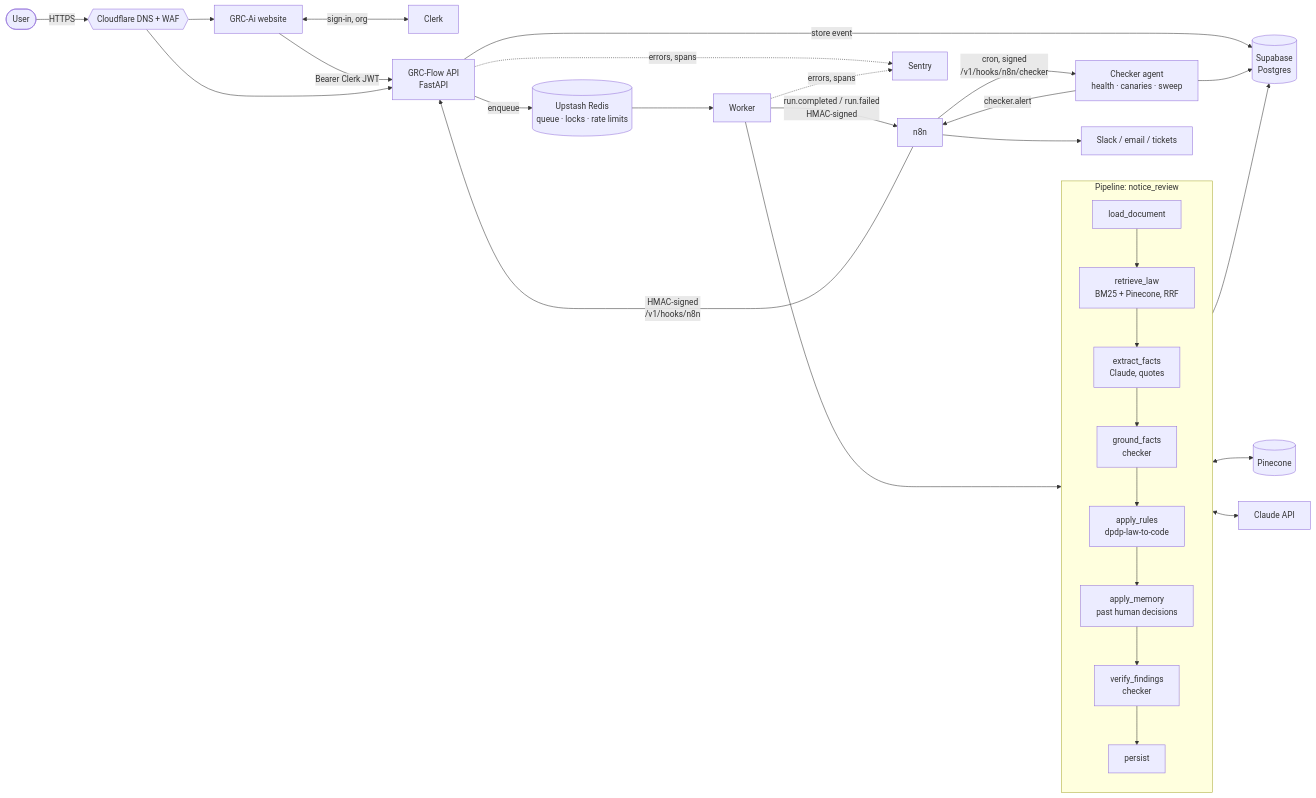
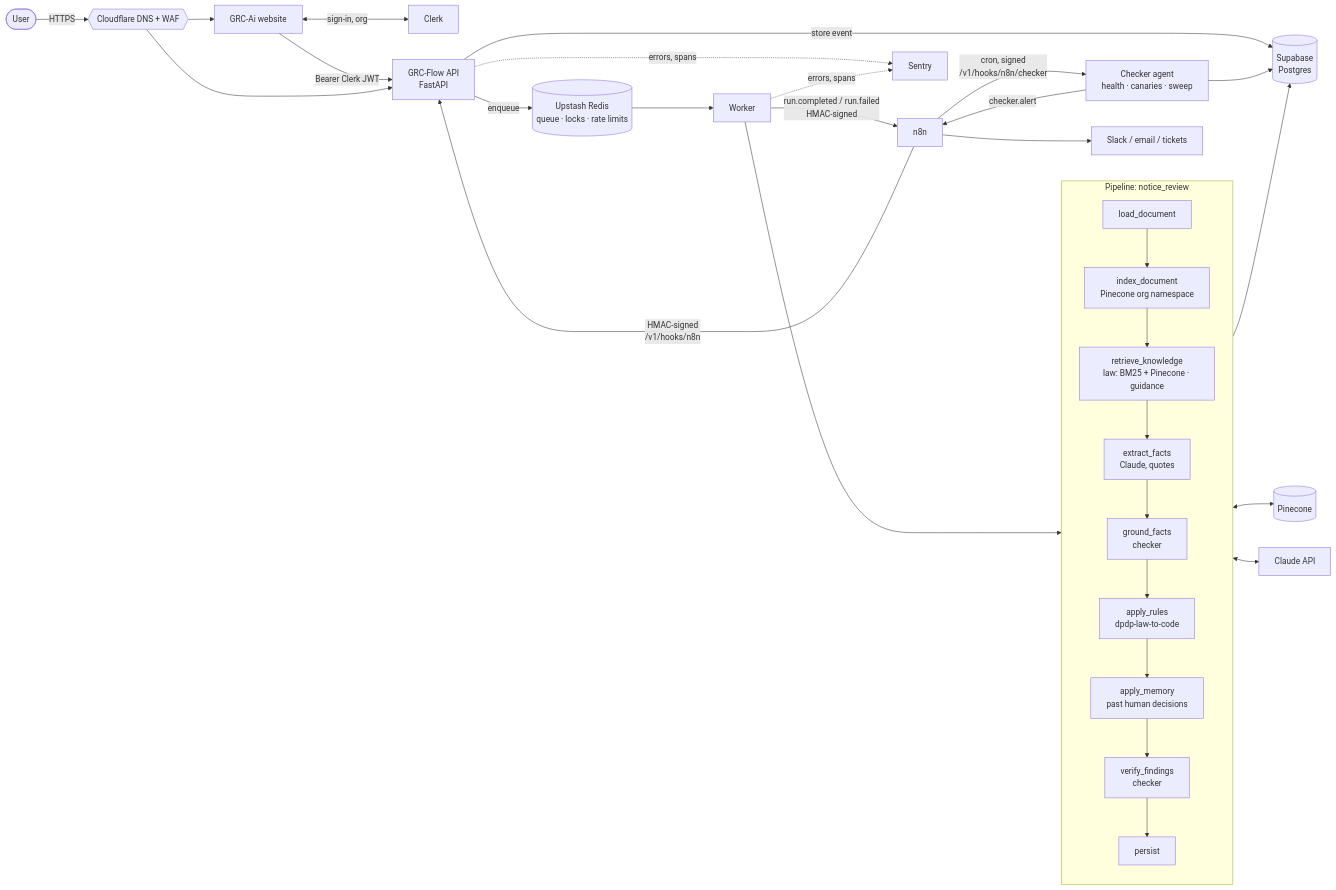
One commit to Harshitahusts/GRC-Flow-Aiagent changed the first of 4 diagrams in docs/architecture/04-system-design.md. Above: the diagram before and after it, drawn with Mermaid. The commit also changed other lines of this file and 20 other files, not shown here.

First line of the commit message:
Add RAG layer: Pinecone namespaces, token-budgeted chunking, per-org document index

````diff
--- a/docs/architecture/04-system-design.md
+++ b/docs/architecture/04-system-design.md
@@ -30,33 +30,34 @@
 ```mermaid
 flowchart LR
   U([User]) -->|HTTPS| CF{{Cloudflare DNS + WAF}}
   CF --> WEB[GRC-Ai website]
   WEB <-->|sign-in, org| CLERK[Clerk]
   WEB -->|Bearer Clerk JWT| API
   CF --> API[GRC-Flow API<br/>FastAPI]
   N8N[n8n] -->|HMAC-signed<br/>/v1/hooks/n8n| API
   API -->|store event| DB[(Supabase<br/>Postgres)]
   API -->|enqueue| Q[(Upstash Redis<br/>queue · locks · rate limits)]
   Q --> W[Worker]
   subgraph PIPE[Pipeline: notice_review]
     direction TB
-    S1[load_document] --> S2[retrieve_law<br/>BM25 + Pinecone, RRF]
+    S1[load_document] --> S1b[index_document<br/>Pinecone org namespace]
+    S1b --> S2[retrieve_knowledge<br/>law: BM25 + Pinecone · guidance]
     S2 --> S3[extract_facts<br/>Claude, quotes]
     S3 --> S4[ground_facts<br/>checker]
     S4 --> S5[apply_rules<br/>dpdp-law-to-code]
     S5 --> S6[apply_memory<br/>past human decisions]
     S6 --> S7[verify_findings<br/>checker]
     S7 --> S8[persist]
   end
   W --> PIPE
   S2 <--> PC[(Pinecone)]
   S3 <--> CL[Claude API]
   S8 --> DB
   W -->|run.completed / run.failed<br/>HMAC-signed| N8N
   CHK[Checker agent<br/>health · canaries · sweep] --> DB
   N8N -->|cron, signed<br/>/v1/hooks/n8n/checker| CHK
   CHK -->|checker.alert| N8N
   N8N --> SLACK[Slack / email / tickets]
   API -. errors, spans .-> SENTRY[Sentry]
   W -. errors, spans .-> SENTRY
 ```
````
